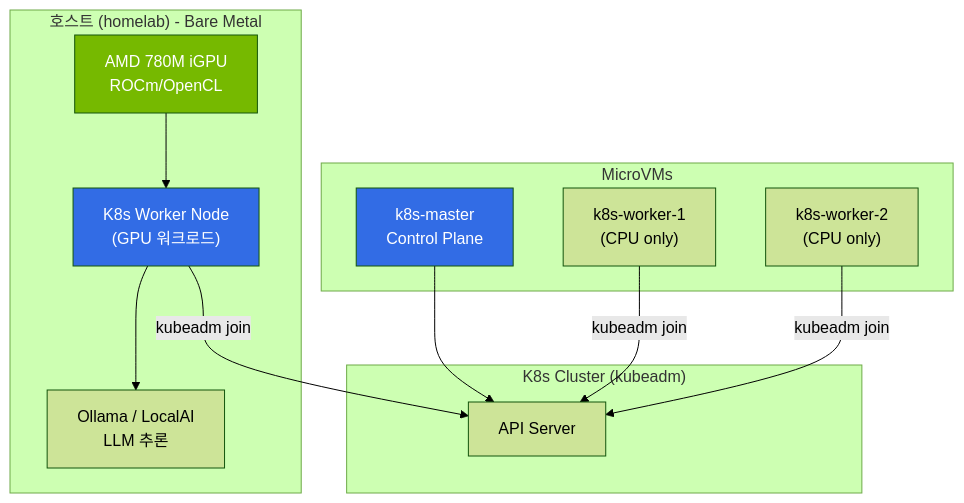
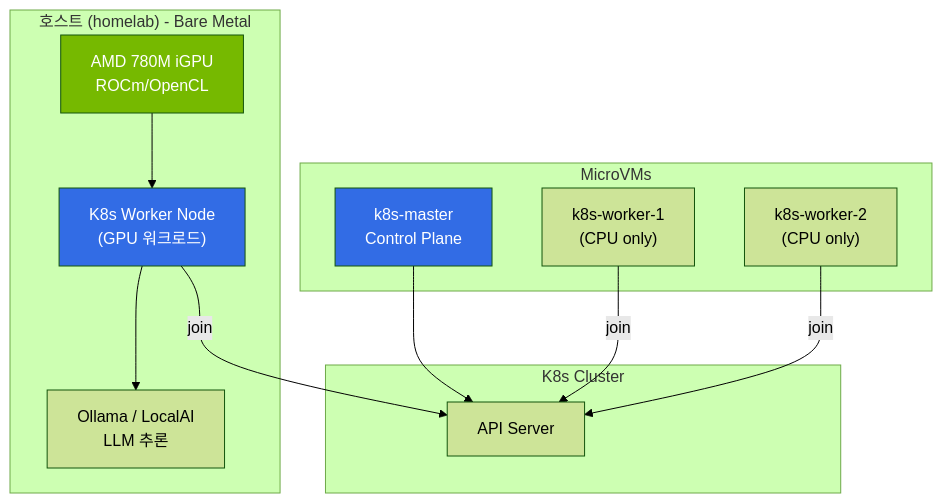
The first of 4 diagrams in docs/hybrid-k8s-cluster-plan.md (vanillacake369/tonys-homelab), drawn with Mermaid (forest theme) before and after one commit. The commit also changed other lines of this file and 18 other files, not shown here.

First line of the commit message:
refactor: domain-driven architecture and kubeadm-based K8s cluster

````diff
--- a/docs/hybrid-k8s-cluster-plan.md
+++ b/docs/hybrid-k8s-cluster-plan.md
@@ -19,29 +7,29 @@
 ```mermaid
 flowchart TB
     subgraph Host["호스트 (homelab) - Bare Metal"]
         GPU["AMD 780M iGPU<br/>ROCm/OpenCL"]
         K8S_HOST["K8s Worker Node<br/>(GPU 워크로드)"]
         OLLAMA["Ollama / LocalAI<br/>LLM 추론"]
     end
 
     subgraph VMs["MicroVMs"]
         MASTER["k8s-master<br/>Control Plane"]
         WORKER1["k8s-worker-1<br/>(CPU only)"]
         WORKER2["k8s-worker-2<br/>(CPU only)"]
     end
 
-    subgraph Cluster["K8s Cluster (kubeadm)"]
+    subgraph Cluster["K8s Cluster"]
         API["API Server"]
     end
 
     MASTER --> API
-    K8S_HOST --> |"kubeadm join"| API
-    WORKER1 --> |"kubeadm join"| API
-    WORKER2 --> |"kubeadm join"| API
+    K8S_HOST --> |"join"| API
+    WORKER1 --> |"join"| API
+    WORKER2 --> |"join"| API
     GPU --> K8S_HOST
     K8S_HOST --> OLLAMA
 
     style GPU fill:#76b900,color:#fff
     style K8S_HOST fill:#326ce5,color:#fff
     style MASTER fill:#326ce5,color:#fff
 ```
````
